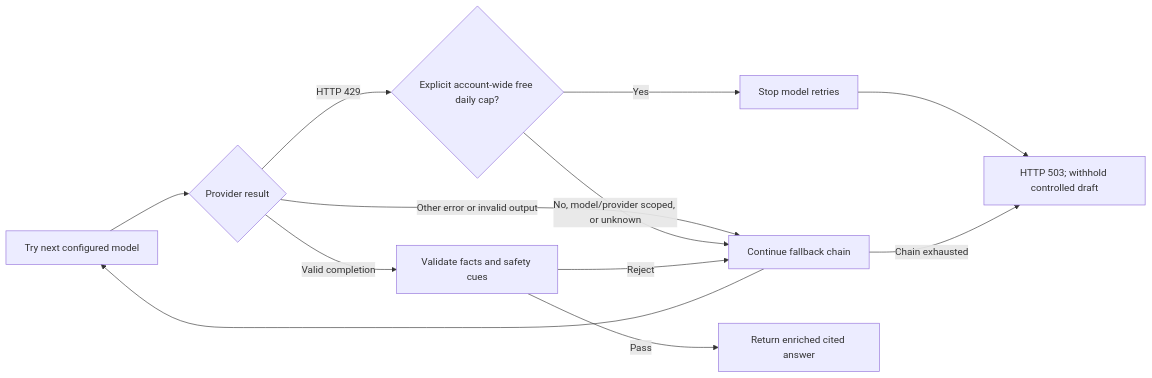
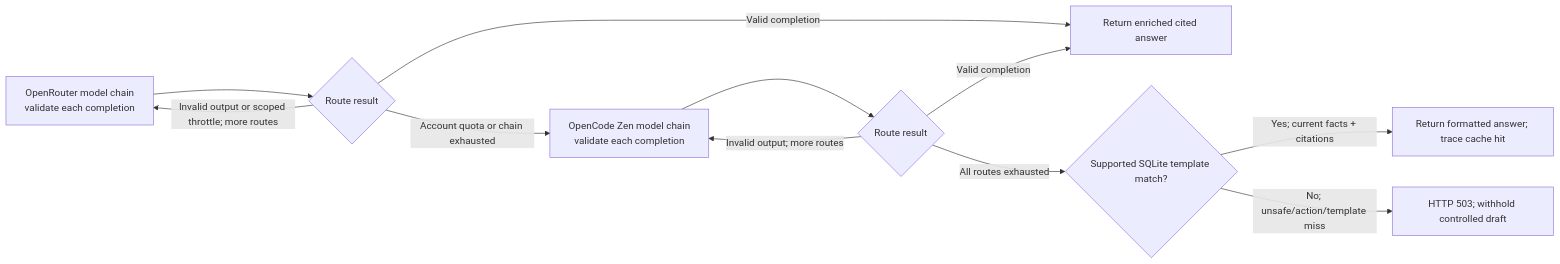
One commit to MSAIE2027/Project-HR-Agent changed the first of 2 diagrams in docs/architecture.md. Above: the diagram before and after it, drawn with Mermaid. The commit also changed other lines of this file and 30 other files, not shown here.

Commit message:
Add OpenCode and SQLite response fallbacks

````diff
--- a/docs/architecture.md
+++ b/docs/architecture.md
@@ -9,14 +11,13 @@
 ```mermaid
 flowchart LR
-    ATTEMPT[Try next configured model] --> RESULT{Provider result}
-    RESULT -->|Valid completion| VALIDATE[Validate facts and safety cues]
-    RESULT -->|Other error or invalid output| NEXT[Continue fallback chain]
-    RESULT -->|HTTP 429| SCOPE{Explicit account-wide free daily cap?}
-    SCOPE -->|Yes| STOP[Stop model retries]
-    SCOPE -->|No, model/provider scoped, or unknown| NEXT
-    VALIDATE -->|Pass| ANSWER[Return enriched cited answer]
-    VALIDATE -->|Reject| NEXT
-    NEXT --> ATTEMPT
-    STOP --> FAIL[HTTP 503; withhold controlled draft]
-    NEXT -->|Chain exhausted| FAIL
+    OR[OpenRouter model chain<br/>validate each completion] --> OR_RESULT{Route result}
+    OR_RESULT -->|Valid completion| ANSWER[Return enriched cited answer]
+    OR_RESULT -->|Invalid output or scoped throttle; more routes| OR
+    OR_RESULT -->|Account quota or chain exhausted| OC[OpenCode Zen model chain<br/>validate each completion]
+    OC --> OC_RESULT{Route result}
+    OC_RESULT -->|Valid completion| ANSWER
+    OC_RESULT -->|Invalid output; more routes| OC
+    OC_RESULT -->|All routes exhausted| CACHE{Supported SQLite template match?}
+    CACHE -->|Yes; current facts + citations| CACHED[Return formatted answer; trace cache hit]
+    CACHE -->|No; unsafe/action/template miss| FAIL[HTTP 503; withhold controlled draft]
 ```
````
